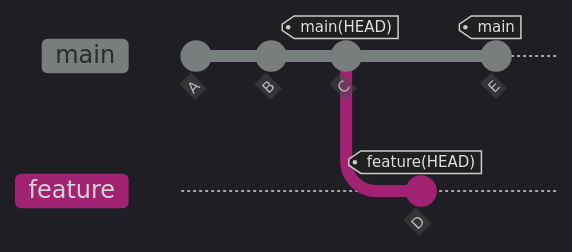
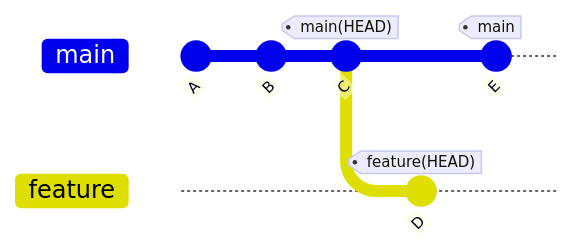
Diagram 11 of 23 in _posts/2026-03-02-git完全指南.md (The-time-forever/The-time-forever.github.io), drawn with Mermaid before and after one commit. The commit also changed other lines of this file, not shown here.

Commit message:
移除 Git 完全指南中 mermaid 图表的样式设置，简化代码

````diff
--- a/_posts/2026-03-02-git完全指南.md
+++ b/_posts/2026-03-02-git完全指南.md
@@ -316,12 +292,11 @@
 ```mermaid
-%%{init: {'theme':'dark'}}%%
 gitGraph
     commit id: "A"
     commit id: "B"
     commit id: "C" tag: "main(HEAD)"
     branch feature
     checkout feature
     commit id: "D" tag: "feature(HEAD)"
     checkout main
     commit id: "E" tag: "main"
 ```
````
